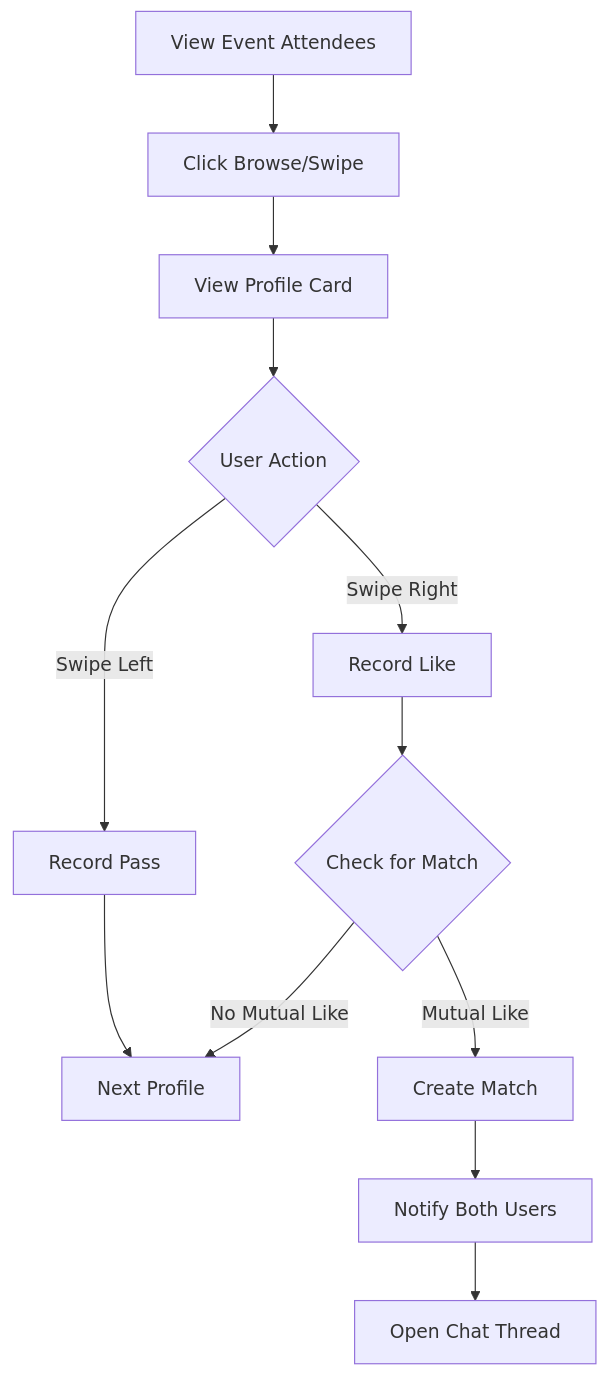
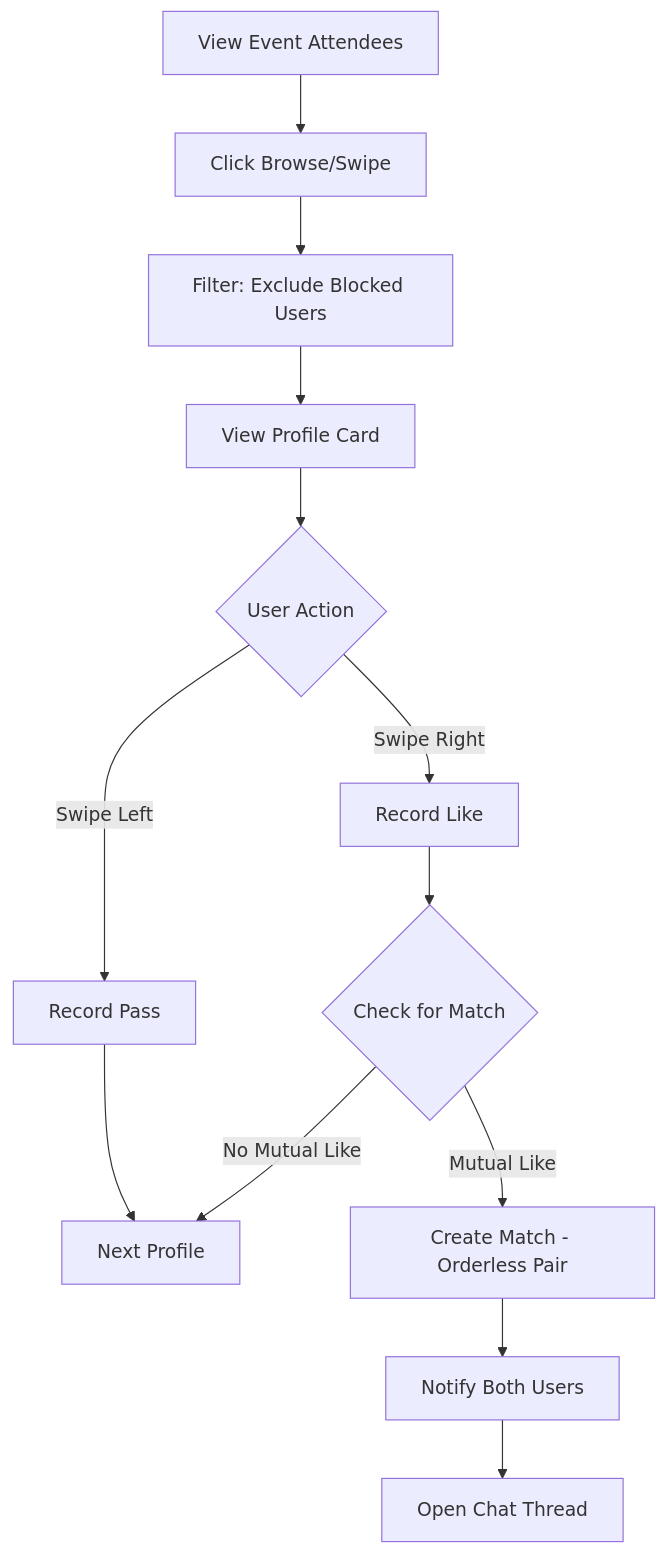
Before and after one commit to ketochiesesoyyo/konfetti-capacitor-integration: the fourth of 7 diagrams in PRODUCT_REQUIREMENTS_DOCUMENT.md, drawn with Mermaid. The commit also changed other lines of this file, not shown here.

````diff
--- a/PRODUCT_REQUIREMENTS_DOCUMENT.md
+++ b/PRODUCT_REQUIREMENTS_DOCUMENT.md
@@ -929,14 +1213,15 @@
 ```mermaid
 graph TD
     A[View Event Attendees] --> B[Click Browse/Swipe]
-    B --> C[View Profile Card]
-    C --> D{User Action}
-    D --> |Swipe Left| E[Record Pass]
-    D --> |Swipe Right| F[Record Like]
-    E --> G[Next Profile]
-    F --> H{Check for Match}
-    H --> |No Mutual Like| G
-    H --> |Mutual Like| I[Create Match]
-    I --> J[Notify Both Users]
-    J --> K[Open Chat Thread]
+    B --> C[Filter: Exclude Blocked Users]
+    C --> D[View Profile Card]
+    D --> E{User Action}
+    E --> |Swipe Left| F[Record Pass]
+    E --> |Swipe Right| G[Record Like]
+    F --> H[Next Profile]
+    G --> I{Check for Match}
+    I --> |No Mutual Like| H
+    I --> |Mutual Like| J[Create Match - Orderless Pair]
+    J --> K[Notify Both Users]
+    K --> L[Open Chat Thread]
 ```
````
